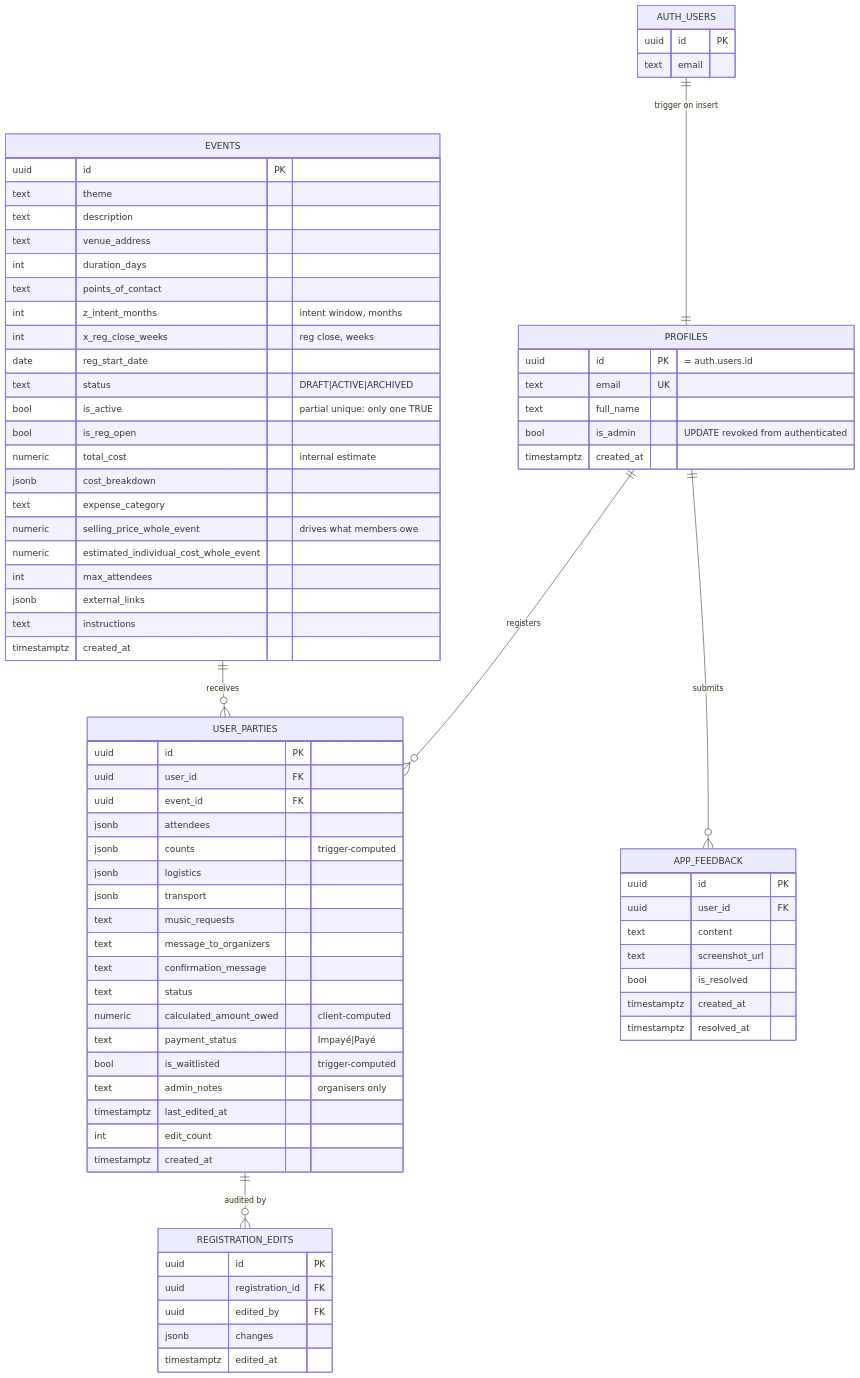
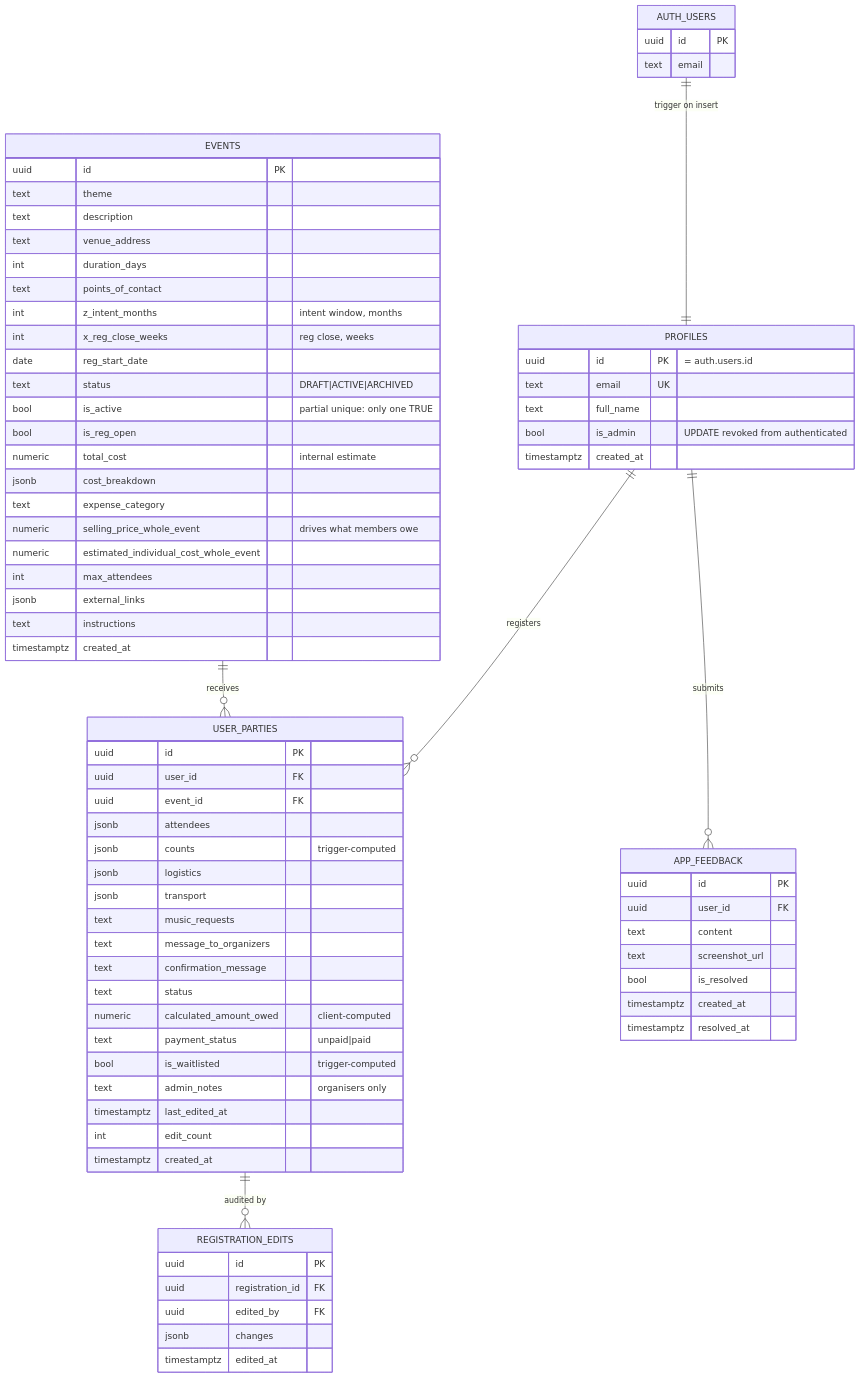
One commit to YULmix/yulmix-la-bedaine changed the first of 2 diagrams in docs/03-data-model.md. Above: the diagram before and after it, drawn with Mermaid. The commit also changed other lines of this file and 19 other files, not shown here.

````diff
--- a/docs/03-data-model.md
+++ b/docs/03-data-model.md
@@ -10,79 +10,79 @@
 ```mermaid
 erDiagram
   AUTH_USERS ||--|| PROFILES : "trigger on insert"
   PROFILES ||--o{ USER_PARTIES : "registers"
   EVENTS ||--o{ USER_PARTIES : "receives"
   PROFILES ||--o{ APP_FEEDBACK : "submits"
   USER_PARTIES ||--o{ REGISTRATION_EDITS : "audited by"
 
   AUTH_USERS {
     uuid id PK
     text email
   }
   PROFILES {
     uuid id PK "= auth.users.id"
     text email UK
     text full_name
     bool is_admin "UPDATE revoked from authenticated"
     timestamptz created_at
   }
   EVENTS {
     uuid id PK
     text theme
     text description
     text venue_address
     int duration_days
     text points_of_contact
     int z_intent_months "intent window, months"
     int x_reg_close_weeks "reg close, weeks"
     date reg_start_date
     text status "DRAFT|ACTIVE|ARCHIVED"
     bool is_active "partial unique: only one TRUE"
     bool is_reg_open
     numeric total_cost "internal estimate"
     jsonb cost_breakdown
     text expense_category
     numeric selling_price_whole_event "drives what members owe"
     numeric estimated_individual_cost_whole_event
     int max_attendees
     jsonb external_links
     text instructions
     timestamptz created_at
   }
   USER_PARTIES {
     uuid id PK
     uuid user_id FK
     uuid event_id FK
     jsonb attendees
     jsonb counts "trigger-computed"
     jsonb logistics
     jsonb transport
     text music_requests
     text message_to_organizers
     text confirmation_message
     text status
     numeric calculated_amount_owed "client-computed"
-    text payment_status "Impayé|Payé"
+    text payment_status "unpaid|paid"
     bool is_waitlisted "trigger-computed"
     text admin_notes "organisers only"
     timestamptz last_edited_at
     int edit_count
     timestamptz created_at
   }
   APP_FEEDBACK {
     uuid id PK
     uuid user_id FK
     text content
     text screenshot_url
     bool is_resolved
     timestamptz created_at
     timestamptz resolved_at
   }
   REGISTRATION_EDITS {
     uuid id PK
     uuid registration_id FK
     uuid edited_by FK
     jsonb changes
     timestamptz edited_at
   }
 ```
````
